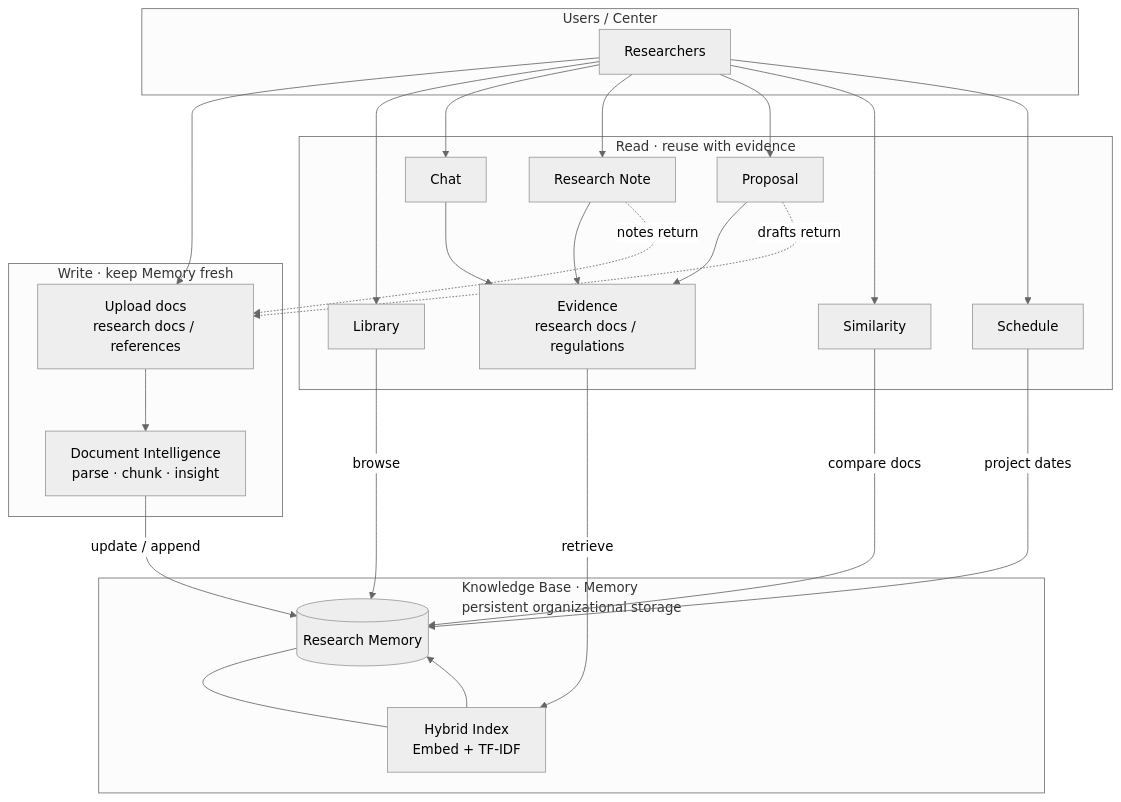
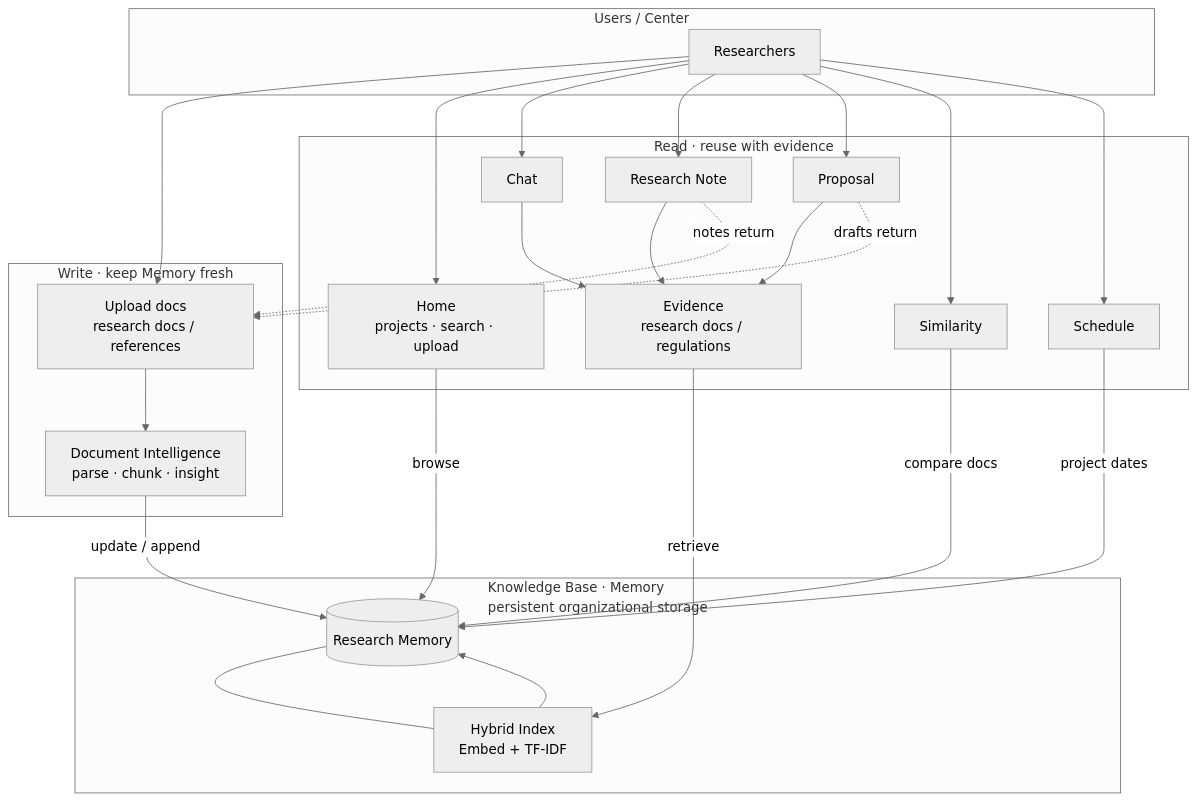
The diagram in README_EN.md (eunbijoel/Research_Platform), drawn with Mermaid (neutral theme) before and after one commit. The commit also changed other lines of this file and 2 other files, not shown here.

Commit message:
Remove the Library tab and fold browsing into Home.

````diff
--- a/README_EN.md
+++ b/README_EN.md
@@ -18,48 +18,48 @@
 ```mermaid
 flowchart TB
   subgraph Users["Users / Center"]
     U[Researchers]
   end
 
   subgraph Ingest["Write · keep Memory fresh"]
     UP[Upload docs<br/>research docs / references]
     DI[Document Intelligence<br/>parse · chunk · insight]
     UP --> DI
   end
 
   subgraph MemoryCloud["Knowledge Base · Memory<br/>persistent organizational storage"]
     KB[(Research Memory)]
     IDX[Hybrid Index<br/>Embed + TF-IDF]
     KB --- IDX
   end
 
   subgraph Use["Read · reuse with evidence"]
-    LIB[Library]
+    HOME[Home<br/>projects · search · upload]
     CHAT[Chat]
     NOTE[Research Note]
     PROP[Proposal]
     SIM[Similarity]
     SCHED[Schedule]
     EVI[Evidence<br/>research docs / regulations]
     CHAT --> EVI
     NOTE --> EVI
     PROP --> EVI
   end
 
   U --> UP
   DI -->|update / append| KB
-  U --> LIB
+  U --> HOME
   U --> CHAT
   U --> NOTE
   U --> PROP
   U --> SIM
   U --> SCHED
-  LIB -->|browse| KB
+  HOME -->|browse| KB
   SIM -->|compare docs| KB
   SCHED -->|project dates| KB
   EVI -->|retrieve| IDX
   IDX --> KB
 
   NOTE -.->|notes return| UP
   PROP -.->|drafts return| UP
 ```
````
